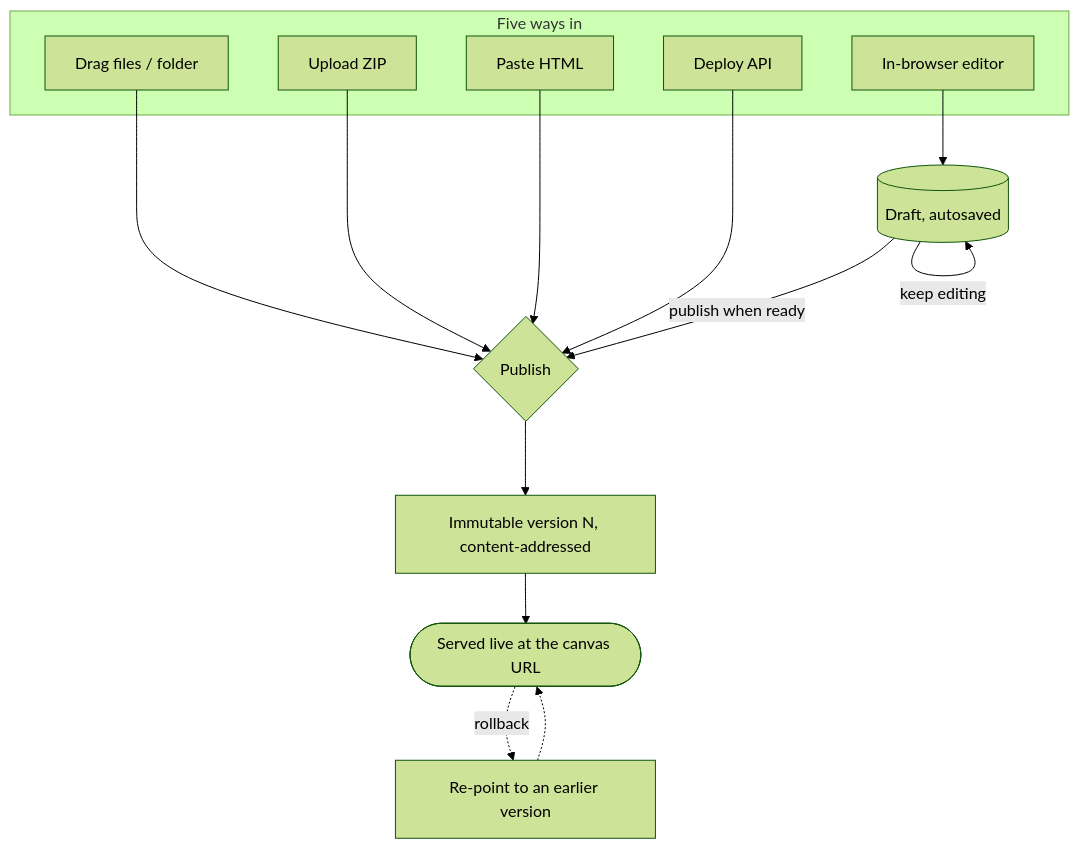
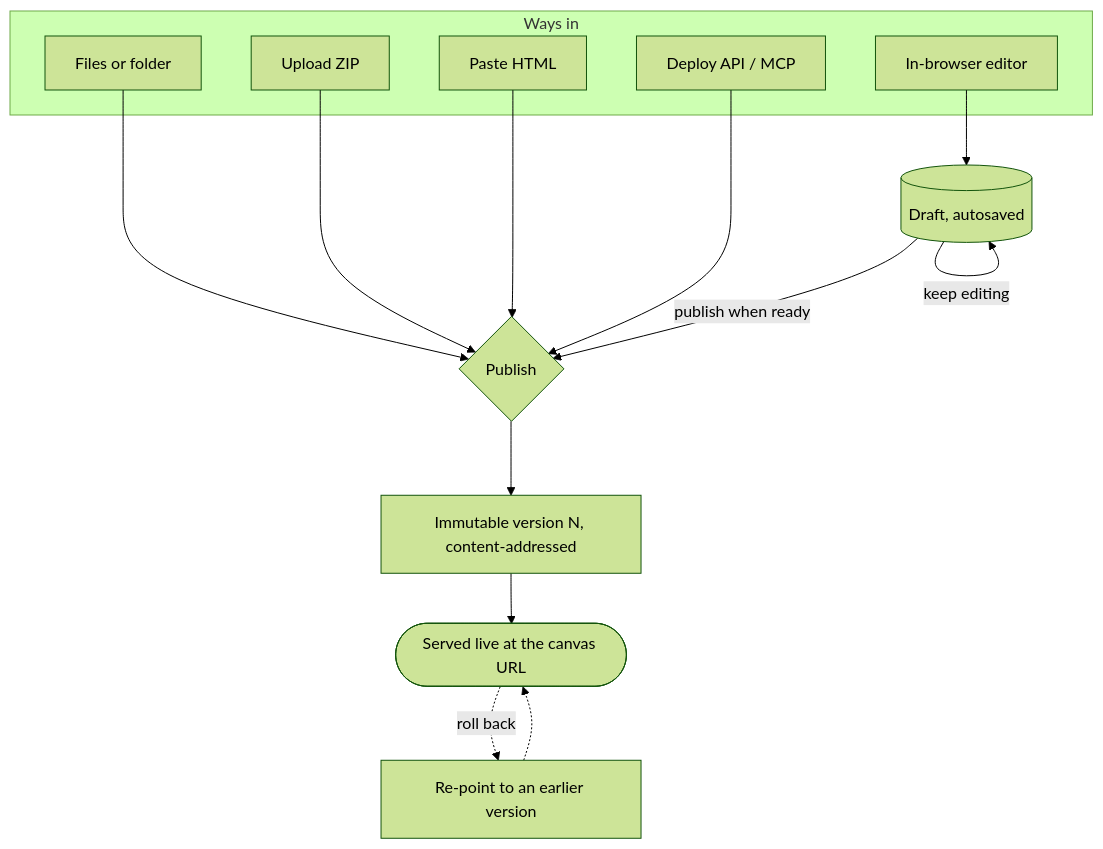
Before and after one commit to markpasternak/canvas-drop: the diagram in docs/site/authoring/create-and-publish.md, drawn with Mermaid (forest theme). The commit also changed other lines of this file and 9 other files, not shown here.

````diff
--- a/docs/site/authoring/create-and-publish.md
+++ b/docs/site/authoring/create-and-publish.md
@@ -14,21 +23,21 @@
 ```mermaid
 flowchart TD
-    subgraph Sources["Five ways in"]
-      DnD[Drag files / folder]
+    subgraph Sources["Ways in"]
+      DnD[Files or folder]
       Zip[Upload ZIP]
       Paste[Paste HTML]
-      API[Deploy API]
+      API[Deploy API / MCP]
       Ed[In-browser editor]
     end
     DnD --> Pub{Publish}
     Zip --> Pub
     Paste --> Pub
     API --> Pub
     Ed --> Draft[(Draft, autosaved)]
     Draft -->|keep editing| Draft
     Draft -->|publish when ready| Pub
     Pub --> V[Immutable version N, content-addressed]
     V --> Live([Served live at the canvas URL])
-    Live -.->|rollback| Prev[Re-point to an earlier version]
+    Live -.->|roll back| Prev[Re-point to an earlier version]
     Prev -.-> Live
 ```
````
